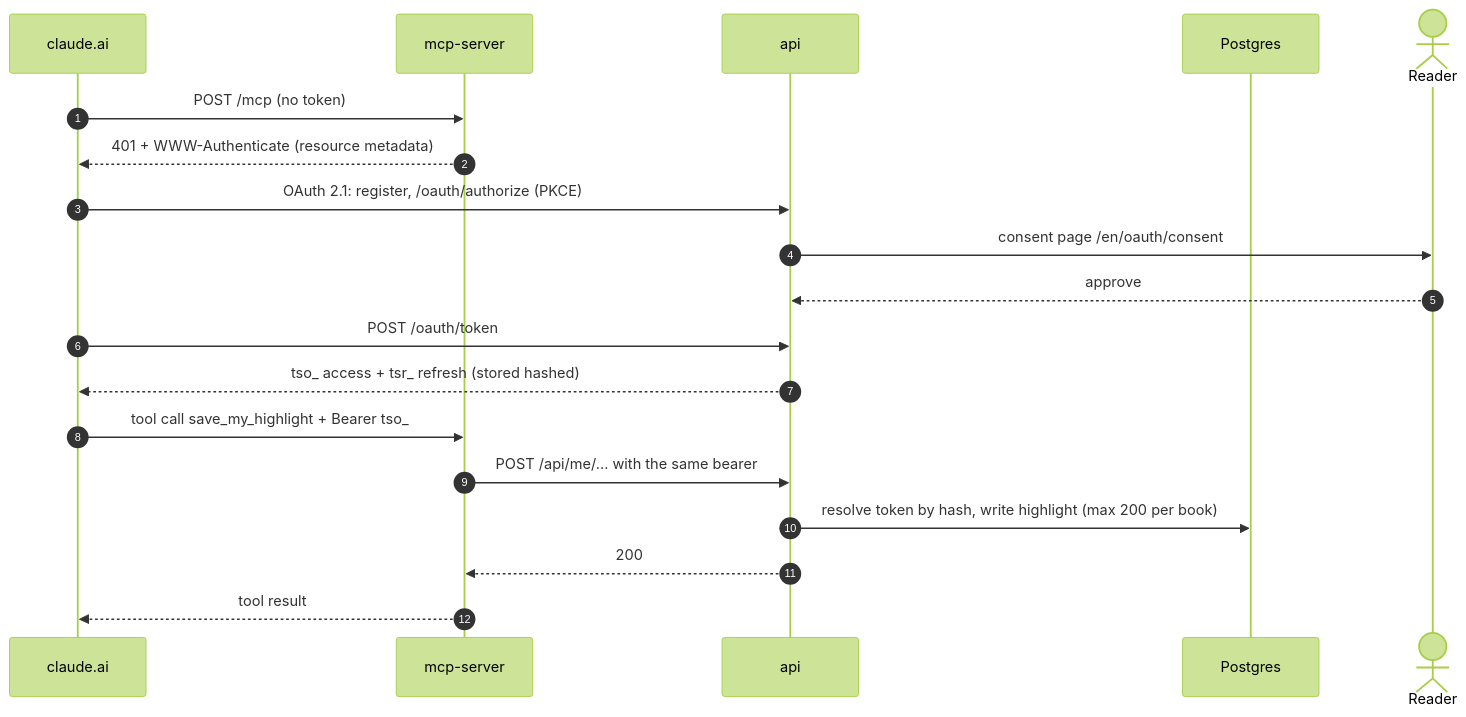
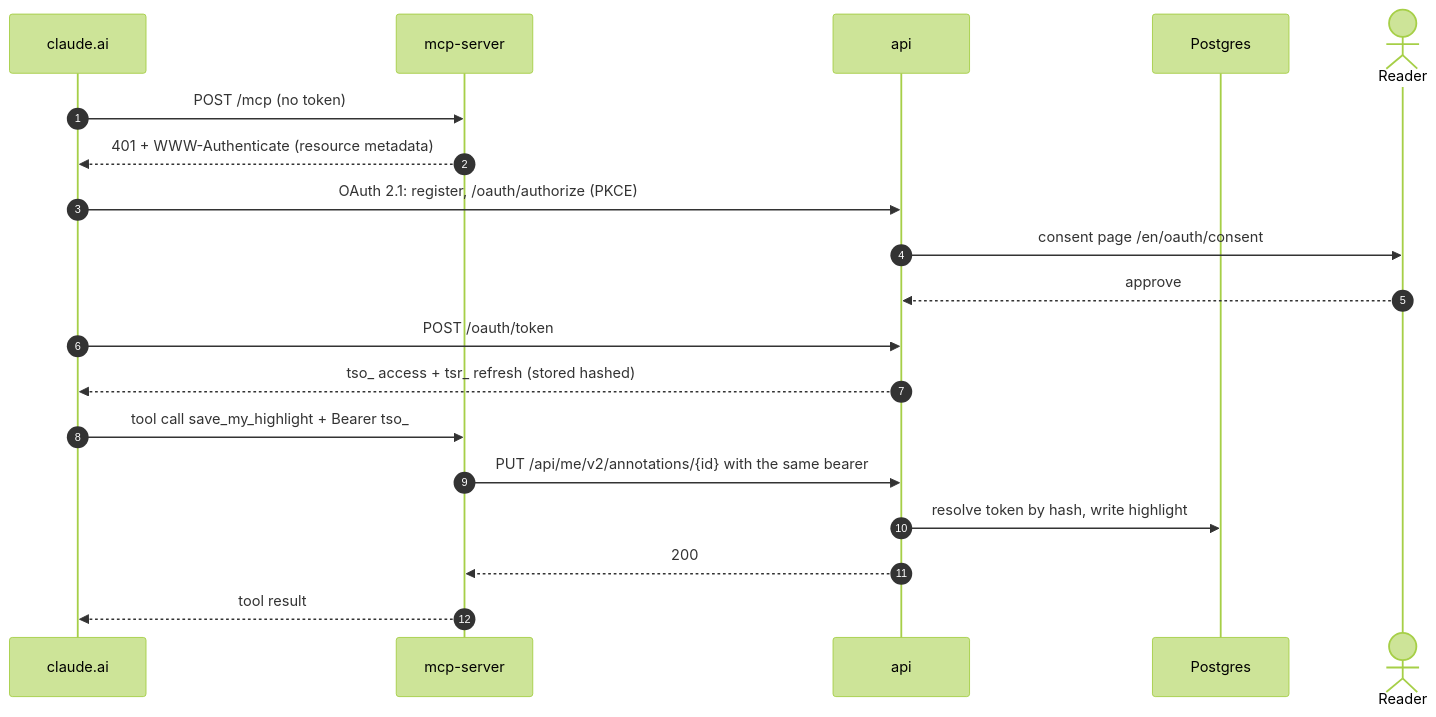
Before and after one commit to mrviduus/textstack: the fourth of 4 diagrams in docs/architecture/flows.md, drawn with Mermaid (forest theme). The commit also changed other lines of this file and 39 other files, not shown here.

````diff
--- a/docs/architecture/flows.md
+++ b/docs/architecture/flows.md
@@ -132,22 +125,22 @@
 ```mermaid
 sequenceDiagram
     autonumber
     participant cl as claude.ai
     participant mcp as mcp-server
     participant api
     participant db as Postgres
     actor U as Reader
 
     cl->>mcp: POST /mcp (no token)
     mcp-->>cl: 401 + WWW-Authenticate (resource metadata)
     cl->>api: OAuth 2.1: register, /oauth/authorize (PKCE)
     api->>U: consent page /en/oauth/consent
     U-->>api: approve
     cl->>api: POST /oauth/token
     api-->>cl: tso_ access + tsr_ refresh (stored hashed)
     cl->>mcp: tool call save_my_highlight + Bearer tso_
-    mcp->>api: POST /api/me/... with the same bearer
-    api->>db: resolve token by hash, write highlight (max 200 per book)
+    mcp->>api: PUT /api/me/v2/annotations/{id} with the same bearer
+    api->>db: resolve token by hash, write highlight
     api-->>mcp: 200
     mcp-->>cl: tool result
 ```
````
